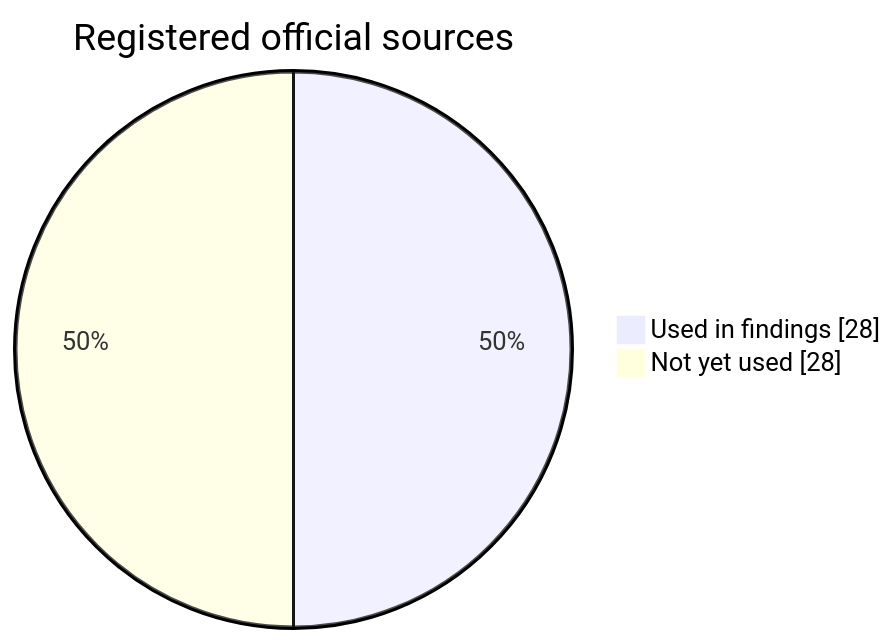
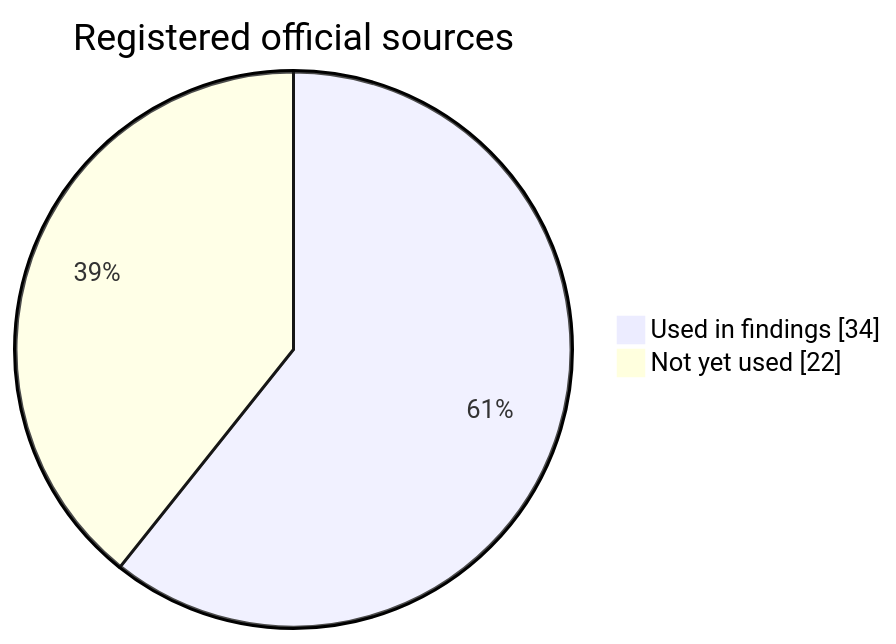
One commit to tomqwu/apim changed the third of 3 diagrams in reports/evidence-state.md. Above: the diagram before and after it, drawn with Mermaid. The commit also changed other lines of this file and 20 other files, not shown here.

````diff
--- a/reports/evidence-state.md
+++ b/reports/evidence-state.md
@@ -51,6 +51,6 @@
 ```mermaid
 pie showData
   title Registered official sources
-  "Used in findings" : 28
-  "Not yet used" : 28
+  "Used in findings" : 34
+  "Not yet used" : 22
 ```
````
